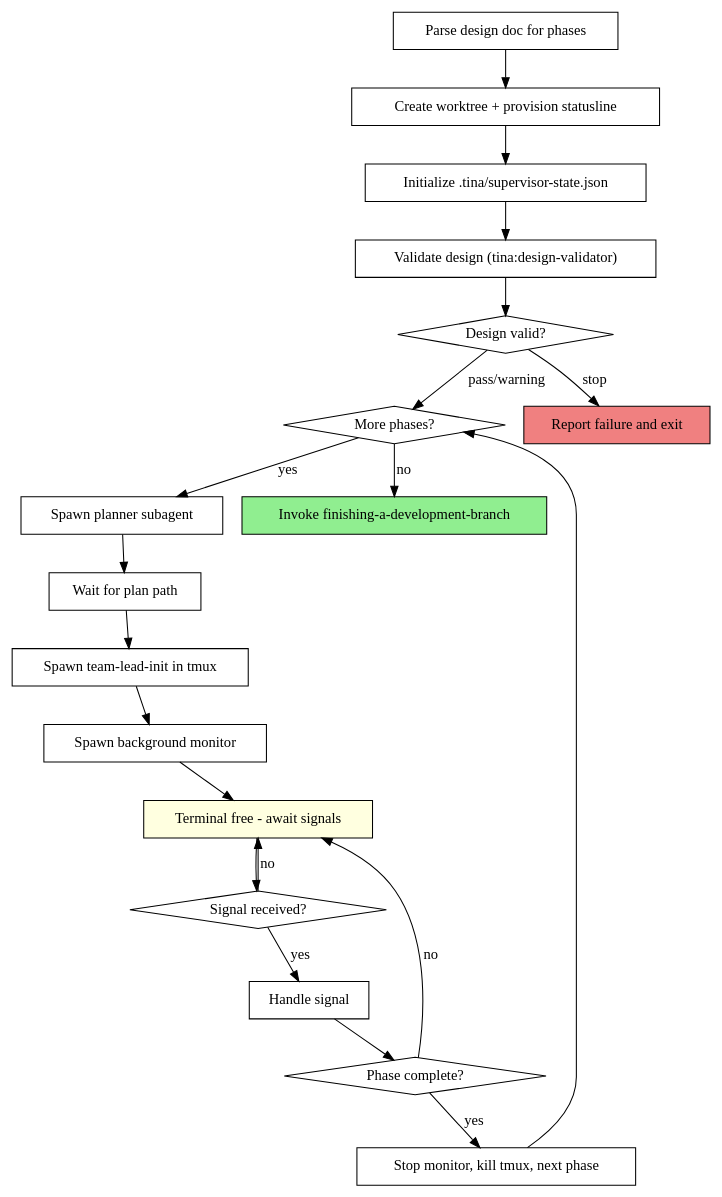
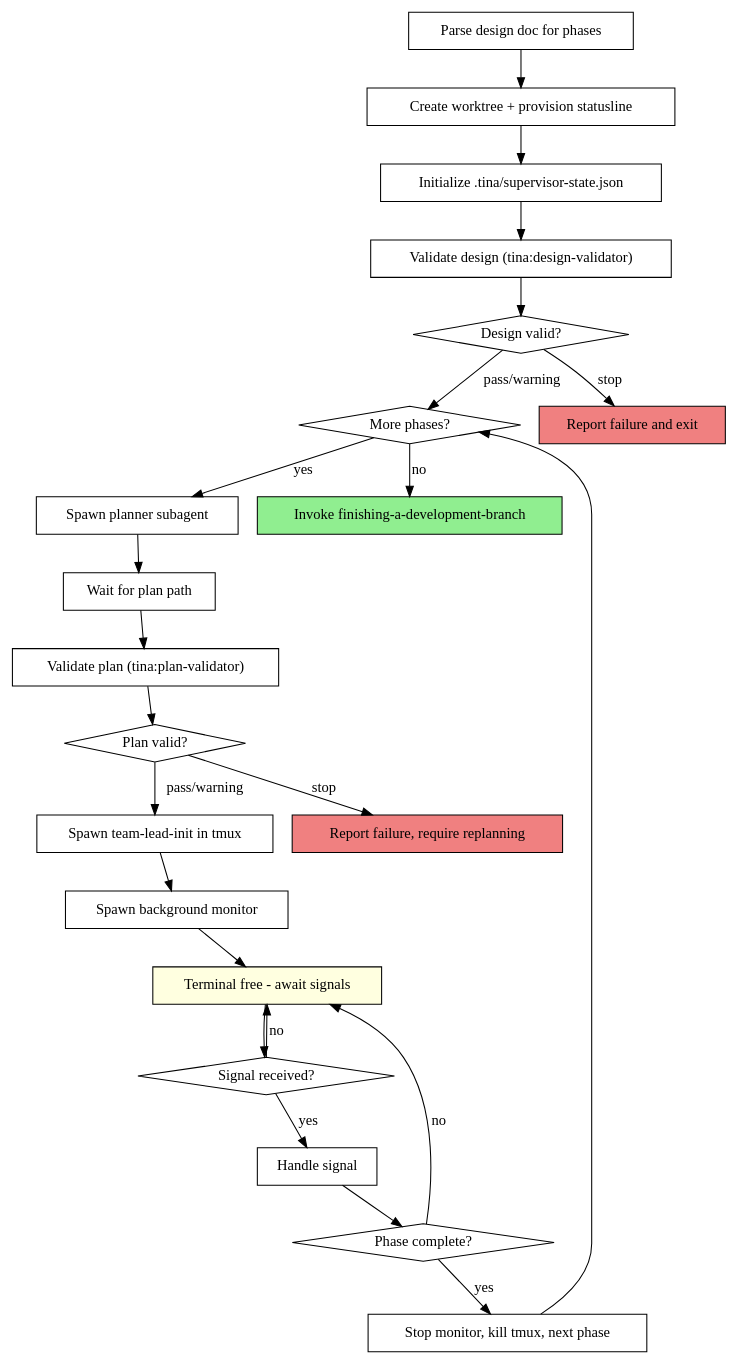
The diagram in skills/orchestrate/SKILL.md (joshuabates/tina), drawn with Graphviz before and after one commit. The commit also changed other lines of this file, not shown here.

Commit message:
feat: add plan validator gate to orchestrator between planner and team-lead

````diff
--- a/skills/orchestrate/SKILL.md
+++ b/skills/orchestrate/SKILL.md
@@ -52,43 +52,49 @@
 ```dot
 digraph orchestrate {
     rankdir=TB;
 
     "Parse design doc for phases" [shape=box];
     "Create worktree + provision statusline" [shape=box];
     "Initialize .tina/supervisor-state.json" [shape=box];
     "More phases?" [shape=diamond];
     "Spawn planner subagent" [shape=box];
     "Wait for plan path" [shape=box];
     "Spawn team-lead-init in tmux" [shape=box];
     "Spawn background monitor" [shape=box];
     "Terminal free - await signals" [shape=box style=filled fillcolor=lightyellow];
     "Signal received?" [shape=diamond];
     "Handle signal" [shape=box];
     "Phase complete?" [shape=diamond];
     "Stop monitor, kill tmux, next phase" [shape=box];
     "Invoke finishing-a-development-branch" [shape=box style=filled fillcolor=lightgreen];
 
     "Parse design doc for phases" -> "Create worktree + provision statusline";
     "Create worktree + provision statusline" -> "Initialize .tina/supervisor-state.json";
     "Initialize .tina/supervisor-state.json" -> "Validate design (tina:design-validator)";
     "Validate design (tina:design-validator)" [shape=box];
     "Design valid?" [shape=diamond];
     "Validate design (tina:design-validator)" -> "Design valid?";
     "Design valid?" -> "More phases?" [label="pass/warning"];
     "Design valid?" -> "Report failure and exit" [label="stop"];
     "Report failure and exit" [shape=box style=filled fillcolor=lightcoral];
     "More phases?" -> "Spawn planner subagent" [label="yes"];
     "Spawn planner subagent" -> "Wait for plan path";
-    "Wait for plan path" -> "Spawn team-lead-init in tmux";
+    "Wait for plan path" -> "Validate plan (tina:plan-validator)";
+    "Validate plan (tina:plan-validator)" [shape=box];
+    "Plan valid?" [shape=diamond];
+    "Validate plan (tina:plan-validator)" -> "Plan valid?";
+    "Plan valid?" -> "Spawn team-lead-init in tmux" [label="pass/warning"];
+    "Plan valid?" -> "Report failure, require replanning" [label="stop"];
+    "Report failure, require replanning" [shape=box style=filled fillcolor=lightcoral];
     "Spawn team-lead-init in tmux" -> "Spawn background monitor";
     "Spawn background monitor" -> "Terminal free - await signals";
     "Terminal free - await signals" -> "Signal received?";
     "Signal received?" -> "Terminal free - await signals" [label="no"];
     "Signal received?" -> "Handle signal" [label="yes"];
     "Handle signal" -> "Phase complete?";
     "Phase complete?" -> "Terminal free - await signals" [label="no"];
     "Phase complete?" -> "Stop monitor, kill tmux, next phase" [label="yes"];
     "Stop monitor, kill tmux, next phase" -> "More phases?";
     "More phases?" -> "Invoke finishing-a-development-branch" [label="no"];
 }
 ```
````
